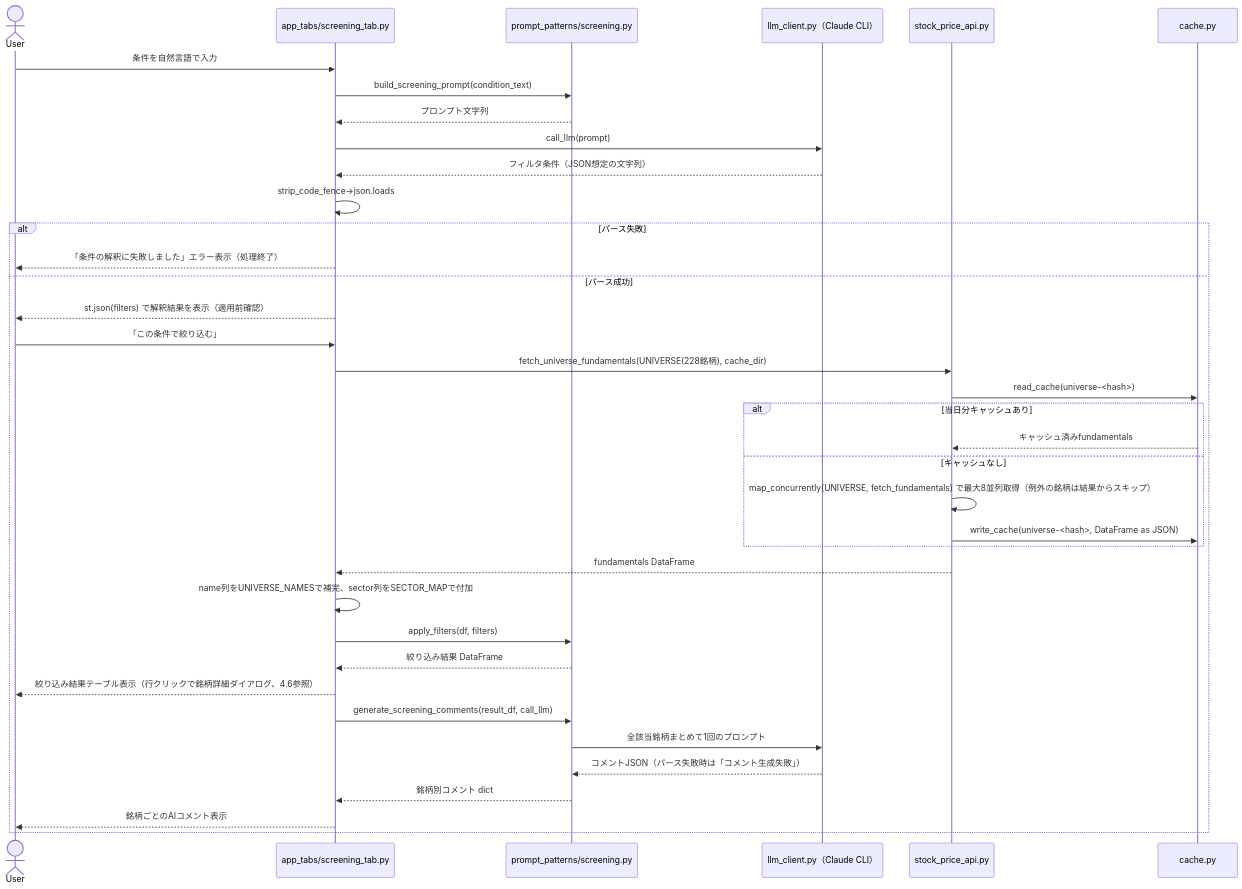
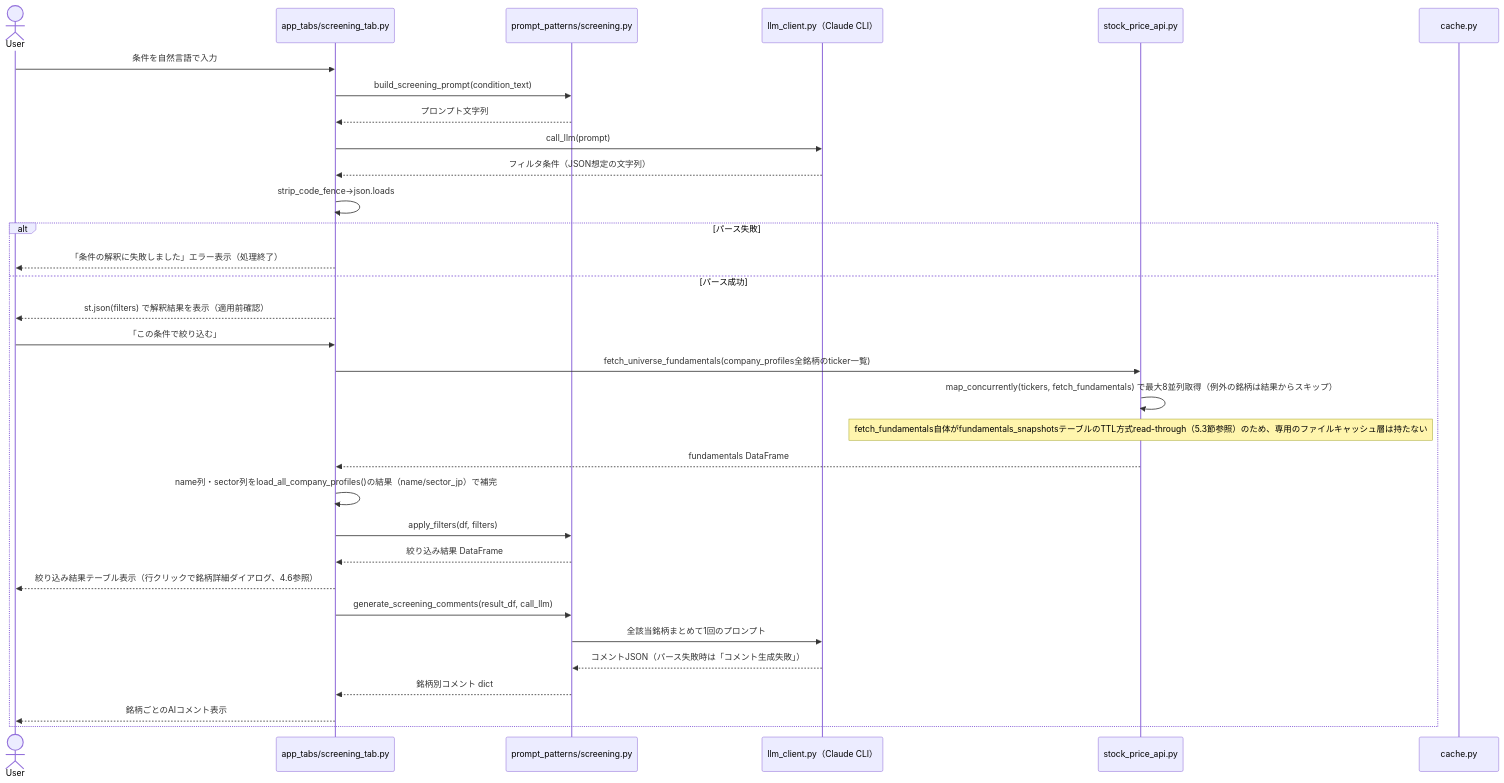
Before and after one commit to duwenji/ai-stock-investing-tutorial: the third of 13 diagrams in app/docs/app-design.md, drawn with Mermaid. The commit also changed other lines of this file, not shown here.

````diff
--- a/app/docs/app-design.md
+++ b/app/docs/app-design.md
@@ -416,40 +484,35 @@
 ```mermaid
 sequenceDiagram
     actor User
     participant UI as app_tabs/screening_tab.py
     participant ScreenP as prompt_patterns/screening.py
     participant LLM as llm_client.py（Claude CLI）
     participant PriceAPI as stock_price_api.py
     participant Cache as cache.py
 
     User->>UI: 条件を自然言語で入力
     UI->>ScreenP: build_screening_prompt(condition_text)
     ScreenP-->>UI: プロンプト文字列
     UI->>LLM: call_llm(prompt)
     LLM-->>UI: フィルタ条件（JSON想定の文字列）
     UI->>UI: strip_code_fence→json.loads
     alt パース失敗
         UI-->>User: 「条件の解釈に失敗しました」エラー表示（処理終了）
     else パース成功
         UI-->>User: st.json(filters) で解釈結果を表示（適用前確認）
         User->>UI: 「この条件で絞り込む」
-        UI->>PriceAPI: fetch_universe_fundamentals(UNIVERSE(228銘柄), cache_dir)
-        PriceAPI->>Cache: read_cache(universe-<hash>)
-        alt 当日分キャッシュあり
-            Cache-->>PriceAPI: キャッシュ済みfundamentals
-        else キャッシュなし
-            PriceAPI->>PriceAPI: map_concurrently(UNIVERSE, fetch_fundamentals) で最大8並列取得（例外の銘柄は結果からスキップ）
-            PriceAPI->>Cache: write_cache(universe-<hash>, DataFrame as JSON)
-        end
+        UI->>PriceAPI: fetch_universe_fundamentals(company_profiles全銘柄のticker一覧)
+        PriceAPI->>PriceAPI: map_concurrently(tickers, fetch_fundamentals) で最大8並列取得（例外の銘柄は結果からスキップ）
+        Note over PriceAPI: fetch_fundamentals自体がfundamentals_snapshotsテーブルのTTL方式read-through（5.3節参照）のため、専用のファイルキャッシュ層は持たない
         PriceAPI-->>UI: fundamentals DataFrame
-        UI->>UI: name列をUNIVERSE_NAMESで補完、sector列をSECTOR_MAPで付加
+        UI->>UI: name列・sector列をload_all_company_profiles()の結果（name/sector_jp）で補完
         UI->>ScreenP: apply_filters(df, filters)
         ScreenP-->>UI: 絞り込み結果 DataFrame
         UI-->>User: 絞り込み結果テーブル表示（行クリックで銘柄詳細ダイアログ、4.6参照）
         UI->>ScreenP: generate_screening_comments(result_df, call_llm)
         ScreenP->>LLM: 全該当銘柄まとめて1回のプロンプト
         LLM-->>ScreenP: コメントJSON（パース失敗時は「コメント生成失敗」）
         ScreenP-->>UI: 銘柄別コメント dict
         UI-->>User: 銘柄ごとのAIコメント表示
     end
 ```
````
